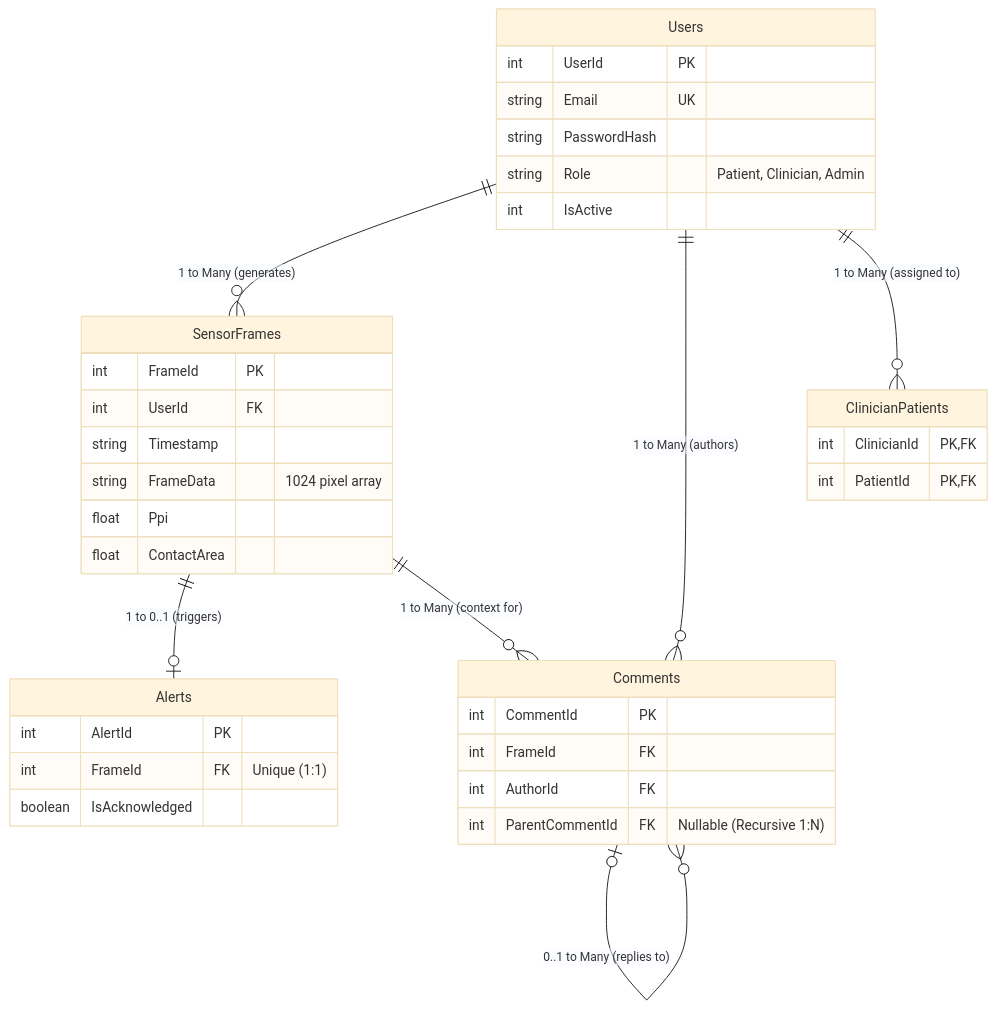
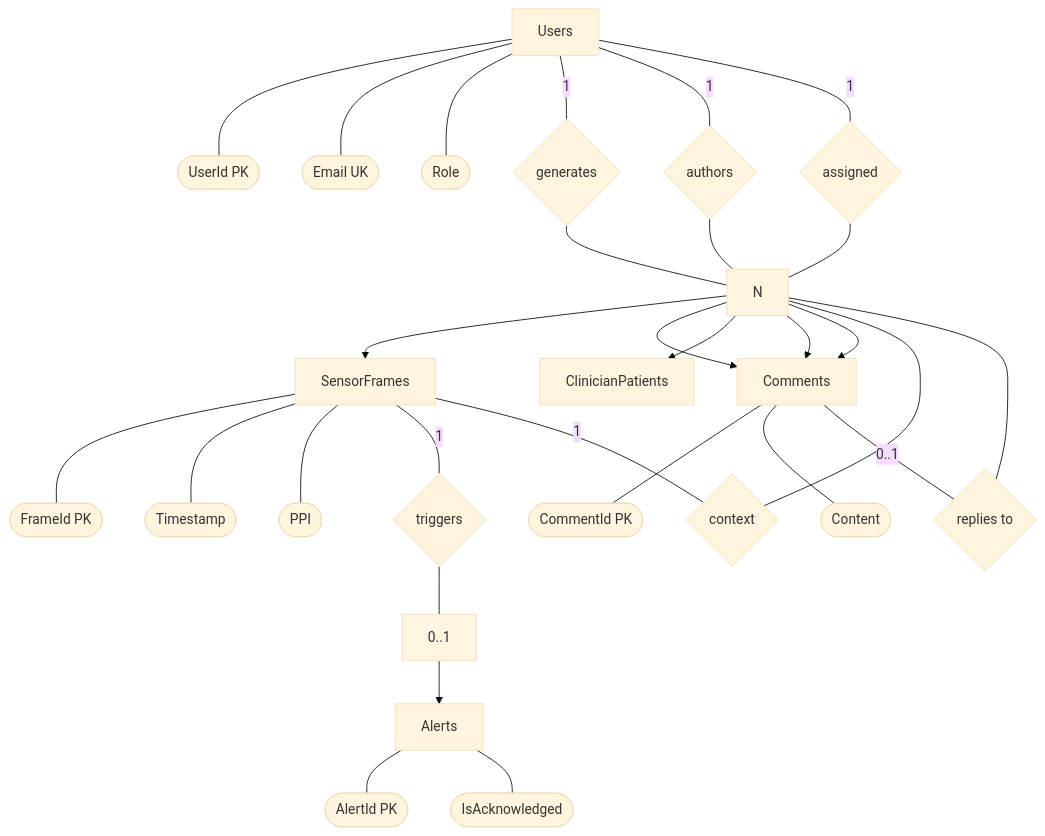
The second of 2 diagrams in Sensore_Software_Project_Report.md (mahateermuhammad4/Sensore), drawn with Mermaid (base theme) before and after one commit. The commit also changed 1 other file, not shown here.

````diff
--- a/Sensore_Software_Project_Report.md
+++ b/Sensore_Software_Project_Report.md
@@ -183,42 +183,55 @@
 ```mermaid
-erDiagram
-    Users {
-        int UserId PK
-        string Email UK
-        string PasswordHash
-        string Role "Patient, Clinician, Admin"
-        int IsActive
-    }
-    SensorFrames {
-        int FrameId PK
-        int UserId FK
-        string Timestamp
-        string FrameData "1024 pixel array"
-        float Ppi
-        float ContactArea
-    }
-    Alerts {
-        int AlertId PK
-        int FrameId FK "Unique (1:1)"
-        boolean IsAcknowledged
-    }
-    Comments {
-        int CommentId PK
-        int FrameId FK
-        int AuthorId FK
-        int ParentCommentId FK "Nullable (Recursive 1:N)"
-    }
-    ClinicianPatients {
-        int ClinicianId PK,FK
-        int PatientId PK,FK
-    }
+flowchart TD
+    %% Entities (Rectangles)
+    Users[Users]
+    Frames[SensorFrames]
+    Alerts[Alerts]
+    Comments[Comments]
+    ClinPat[ClinicianPatients]
 
-    Users ||--o{ SensorFrames : "1 to Many (generates)"
-    Users ||--o{ Comments : "1 to Many (authors)"
-    Users ||--o{ ClinicianPatients : "1 to Many (assigned to)"
-    
-    SensorFrames ||--o| Alerts : "1 to 0..1 (triggers)"
-    SensorFrames ||--o{ Comments : "1 to Many (context for)"
-    
-    Comments |o--o{ Comments : "0..1 to Many (replies to)"
+    %% Relationships (Diamonds)
+    RelGen{generates}
+    RelTrig{triggers}
+    RelAuth{authors}
+    RelCont{context}
+    RelRep{replies to}
+    RelAssign{assigned}
+
+    %% User Attributes (Ovals)
+    U_Id([UserId PK])
+    U_Email([Email UK])
+    U_Role([Role])
+    Users --- U_Id
+    Users --- U_Email
+    Users --- U_Role
+
+    %% Frame Attributes (Ovals)
+    F_Id([FrameId PK])
+    F_Time([Timestamp])
+    F_Ppi([PPI])
+    Frames --- F_Id
+    Frames --- F_Time
+    Frames --- F_Ppi
+
+    %% Alert Attributes (Ovals)
+    A_Id([AlertId PK])
+    A_Ack([IsAcknowledged])
+    Alerts --- A_Id
+    Alerts --- A_Ack
+
+    %% Comment Attributes (Ovals)
+    C_Id([CommentId PK])
+    C_Text([Content])
+    Comments --- C_Id
+    Comments --- C_Text
+
+    %% Cardinality Connections
+    Users -- 1 --- RelGen --- N --> Frames
+    Users -- 1 --- RelAuth --- N --> Comments
+    Users -- 1 --- RelAssign --- N --> ClinPat
+
+    Frames -- 1 --- RelTrig --- 0..1 --> Alerts
+    Frames -- 1 --- RelCont --- N --> Comments
+
+    Comments -- 0..1 --- RelRep --- N --> Comments
 ```
````
